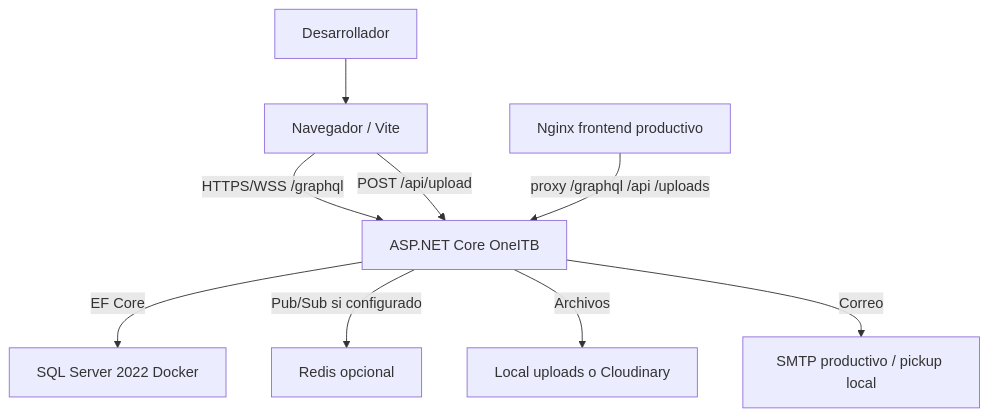
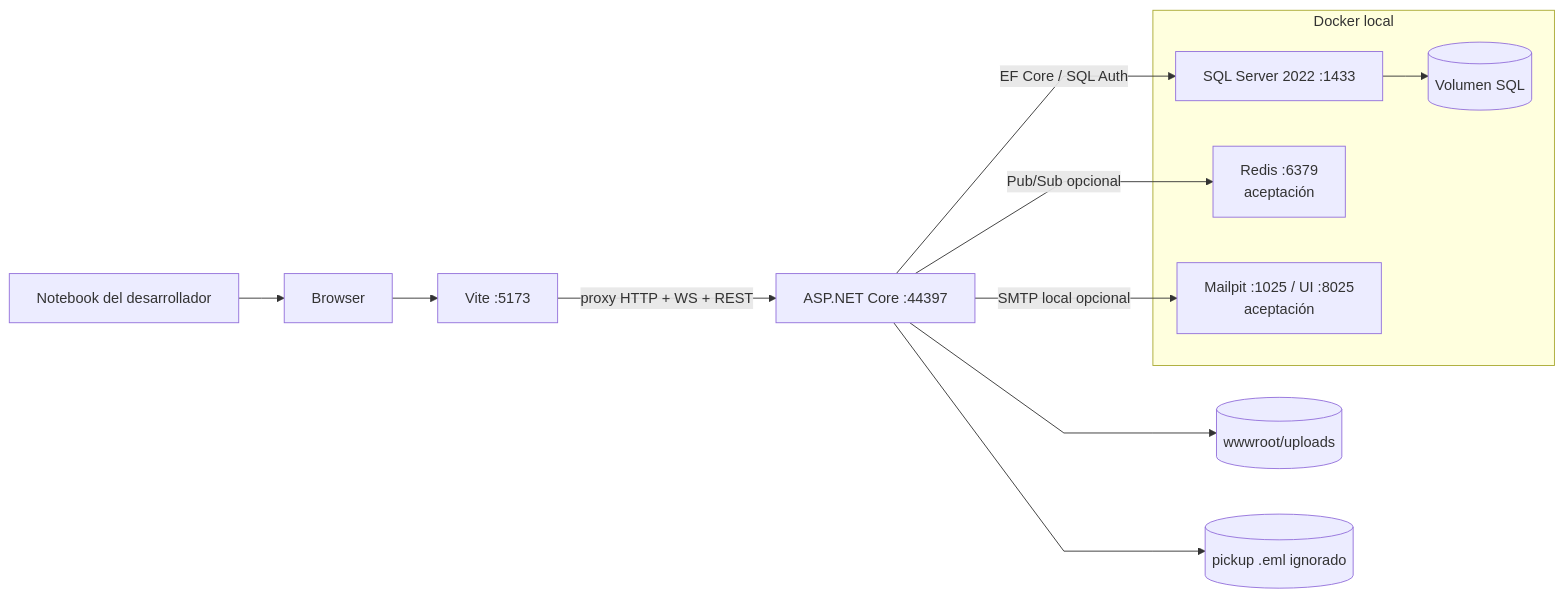
Diagram 11 of 13 in docs/academic/04-design-diagrams.md (fagdiaz/OneITB), drawn with Mermaid before and after one commit. The commit also changed other lines of this file and 58 other files, not shown here.

````diff
--- a/docs/academic/04-design-diagrams.md
+++ b/docs/academic/04-design-diagrams.md
@@ -293,20 +677,28 @@
 ```mermaid
-flowchart TB
-    Developer["Desarrollador"]
-    Browser["Navegador / Vite"]
-    Api["ASP.NET Core OneITB"]
-    DockerSql["SQL Server 2022 Docker"]
-    Redis["Redis opcional"]
-    Storage["Local uploads o Cloudinary"]
-    Smtp["SMTP productivo / pickup local"]
-    Nginx["Nginx frontend productivo"]
+%%{init: {"theme": "default", "flowchart": {"curve": "linear"}}}%%
+flowchart LR
+    DEV["Notebook del desarrollador"]
+    BROWSER["Browser"]
+    VITE["Vite :5173"]
+    API["ASP.NET Core :44397"]
 
-    Developer --> Browser
-    Browser -->|HTTPS/WSS /graphql| Api
-    Browser -->|POST /api/upload| Api
-    Api -->|EF Core| DockerSql
-    Api -->|Pub/Sub si configurado| Redis
-    Api -->|Archivos| Storage
-    Api -->|Correo| Smtp
-    Nginx -->|proxy /graphql /api /uploads| Api
+    subgraph DOCKER["Docker local"]
+        SQL["SQL Server 2022 :1433"]
+        REDIS["Redis :6379<br/>aceptación"]
+        MAILPIT["Mailpit :1025 / UI :8025<br/>aceptación"]
+        VOL[("Volumen SQL")]
+        SQL --> VOL
+    end
+
+    UPLOADS[("wwwroot/uploads")]
+    PICKUP[("pickup .eml ignorado")]
+
+    DEV --> BROWSER
+    BROWSER --> VITE
+    VITE -->|"proxy HTTP + WS + REST"| API
+    API -->|"EF Core / SQL Auth"| SQL
+    API -->|"Pub/Sub opcional"| REDIS
+    API -->|"SMTP local opcional"| MAILPIT
+    API --> UPLOADS
+    API --> PICKUP
 ```
````
